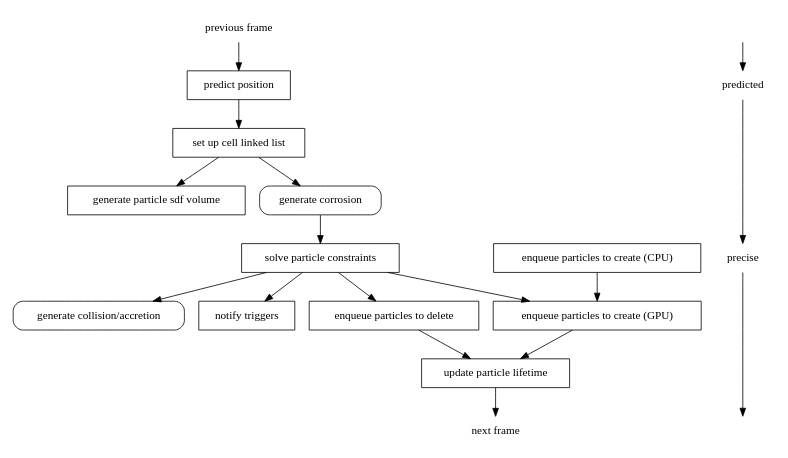
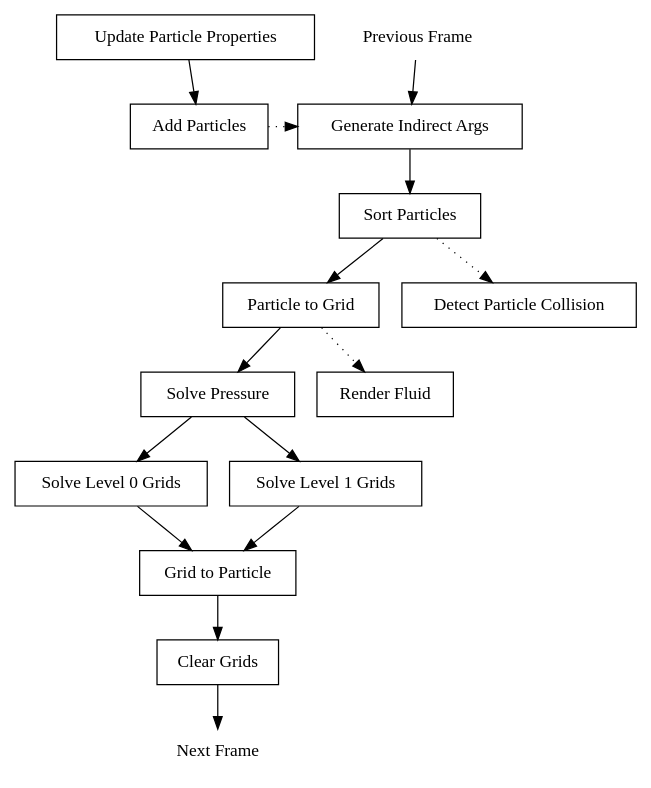
The diagram in Assets/Scripts/Physics/README.md (Jacks8n/Antares), drawn with Graphviz before and after one commit. The commit also changed other lines of this file and 2 other files, not shown here.

Commit message:
regular commit

````diff
--- a/Assets/Scripts/Physics/README.md
+++ b/Assets/Scripts/Physics/README.md
@@ -5,47 +6,41 @@
 ```dot
 digraph PhysicsFrame {
     size=8
-    
-    prev [label="previous frame",shape=none]
-    predict [label="predict position",shape=box]
-    su_cll [label="set up cell linked list",shape=box]
-    gen_sdf [label="generate particle sdf volume",shape=box]
-    solve [label="solve particle constraints",shape=box]
-    corr [label="generate corrosion",shape=box,style=rounded]
-    coll [label="generate collision/accretion",shape=box,style=rounded]
-    trig [label="notify triggers",shape=box]
-    next [label="next frame",shape=none]
 
-    add [label="enqueue particles to create (CPU)",shape=box]
-    add2 [label="enqueue particles to create (GPU)",shape=box]
-    del [label="enqueue particles to delete",shape=box]
-    recycle [label="update particle lifetime",shape=box]
+    prev [label="Previous Frame", shape=none]
+    sort_particles [label="Sort Particles", shape=box]
+    generate_indirect_args [label="Generate Indirect Args", shape=box]
+    p2g [label="Particle to Grid", shape=box]
+    pressure [label="Solve Pressure", shape=box]
+    solve0 [label="Solve Level 0 Grids", shape=box]
+    solve1 [label="Solve Level 1 Grids", shape=box]
+    g2p [label="Grid to Particle", shape=box]
+    clear [label="Clear Grids", shape=box]
+    next [label="Next Frame", shape=none]
+    collision [label="Detect Particle Collision", shape=box]
 
-    prev->predict
-    predict->su_cll
-    su_cll->gen_sdf
-    su_cll->corr
-    corr->solve
-    add->add2
-    solve->del
-    solve->coll
-    solve->trig
-    del->recycle
-    solve->add2
-    add2->recycle
-    recycle->next
+    add_particles [label="Add Particles", shape=box]
+    update_particles [label="Update Particle Properties", shape=box]
 
-    precise1 [label="", shape=none]
-    predicted [shape=none]
-    precise2 [label="precise", shape=none]
-    precise3 [label="", shape=none]
+    render [label="Render Fluid", shape=box]
 
-    precise1->predicted
-    predicted->precise2->precise3
+    update_particles->add_particles
+    add_particles->generate_indirect_args [style=dotted]
 
-    {rank=same;precise1;prev}
-    {rank=same;predicted;predict}
-    {rank=same;precise2;solve}
-    {rank=same;precise3;next}
+    prev->generate_indirect_args
+    generate_indirect_args->sort_particles
+    sort_particles->p2g
+    p2g->pressure
+    pressure->solve0
+    pressure->solve1
+    solve0->g2p
+    solve1->g2p
+    g2p->clear
+    clear->next
+
+    sort_particles->collision [style=dotted]
+    p2g->render [style=dotted]
+
+    {rank=same;generate_indirect_args;add_particles}
 }
 ```
````
